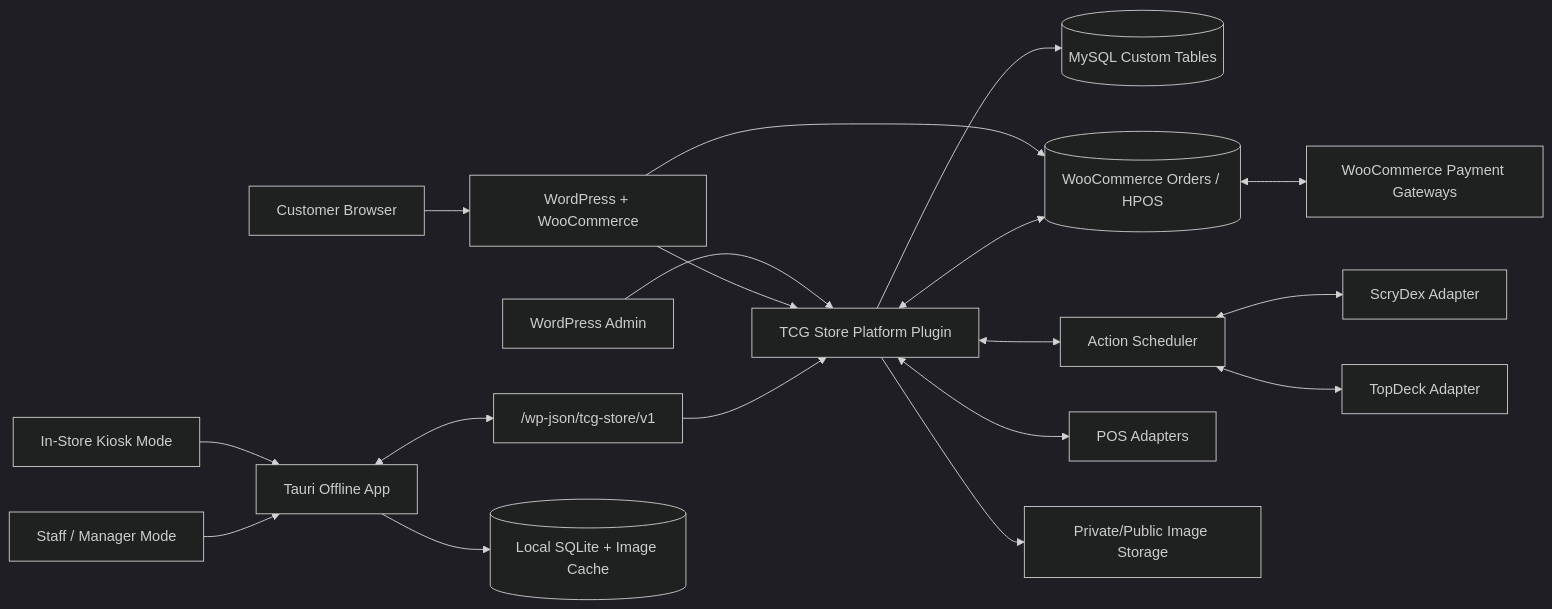
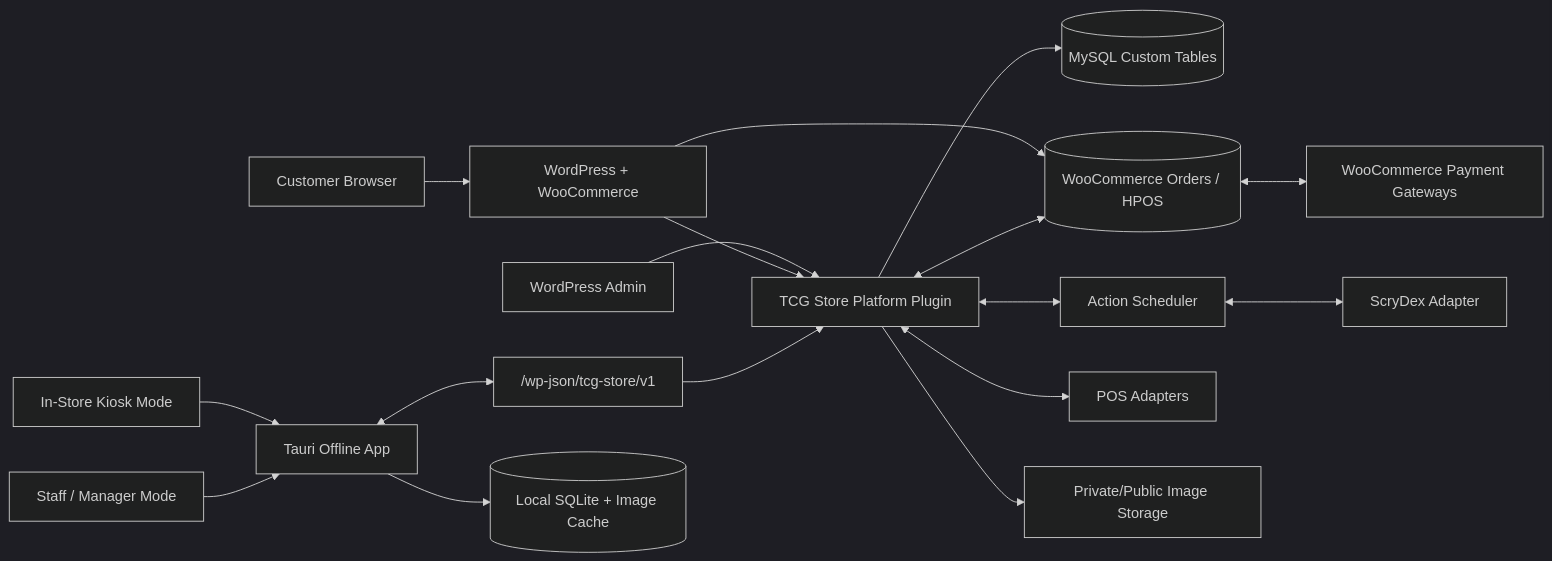
The diagram in docs/ARCHITECTURE.md (jonathanrhcooper1/Pug-Game-Shop), drawn with Mermaid (dark theme) before and after one commit. The commit also changed other lines of this file and 78 other files, not shown here.

Commit message:
Remove TopDeck active scope

````diff
--- a/docs/ARCHITECTURE.md
+++ b/docs/ARCHITECTURE.md
@@ -258,20 +256,19 @@
 ```mermaid
 flowchart LR
     Customer["Customer Browser"] --> Storefront["WordPress + WooCommerce"]
     Kiosk["In-Store Kiosk Mode"] --> Desktop["Tauri Offline App"]
     Staff["Staff / Manager Mode"] --> Desktop
     Admin["WordPress Admin"] --> Plugin["TCG Store Platform Plugin"]
     Storefront --> Plugin
     Desktop <--> API["/wp-json/tcg-store/v1"]
     API --> Plugin
     Plugin --> DB[("MySQL Custom Tables")]
     Storefront --> Woo[("WooCommerce Orders / HPOS")]
     Plugin <--> Woo
     Desktop --> SQLite[("Local SQLite + Image Cache")]
     Plugin <--> Queue["Action Scheduler"]
     Queue <--> ScryDex["ScryDex Adapter"]
-    Queue <--> TopDeck["TopDeck Adapter"]
     Plugin <--> POS["POS Adapters"]
     Woo <--> Payments["WooCommerce Payment Gateways"]
     Plugin --> Media["Private/Public Image Storage"]
 ```
````
